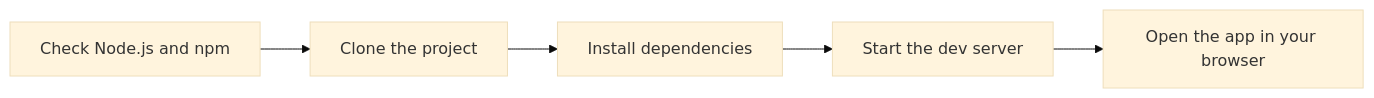
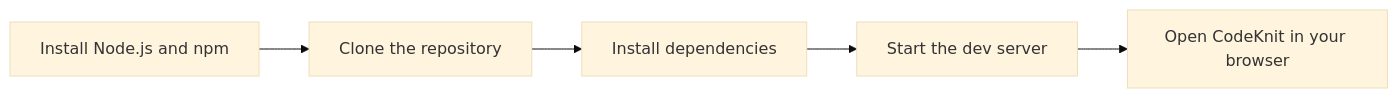
Before and after one commit to Mohita111/API2: the first of 2 diagrams in api2-documentation/plan_2026-11-02_f8890e/user-facing-docs/system-requirements-and-installation.md, drawn with Mermaid (base theme). The commit also changed other lines of this file and 12 other files, not shown here.

````diff
--- a/api2-documentation/plan_2026-11-02_f8890e/user-facing-docs/system-requirements-and-installation.md
+++ b/api2-documentation/plan_2026-11-02_f8890e/user-facing-docs/system-requirements-and-installation.md
@@ -23,7 +40,7 @@
 ```mermaid
 graph LR
-    A["Check Node.js and npm"] --> B[Clone the project]
+    A["Install Node.js and npm"] --> B[Clone the repository]
     B --> C[Install dependencies]
     C --> D[Start the dev server]
-    D --> E[Open the app in your browser]
+    D --> E[Open CodeKnit in your browser]
 ```
````
